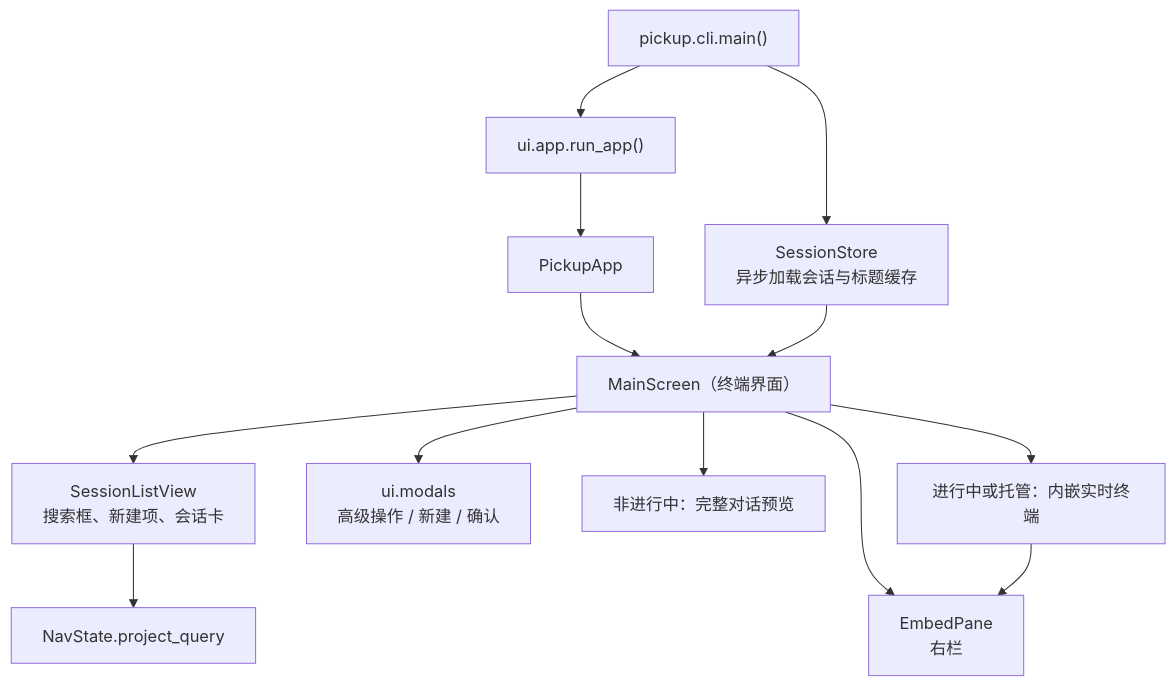
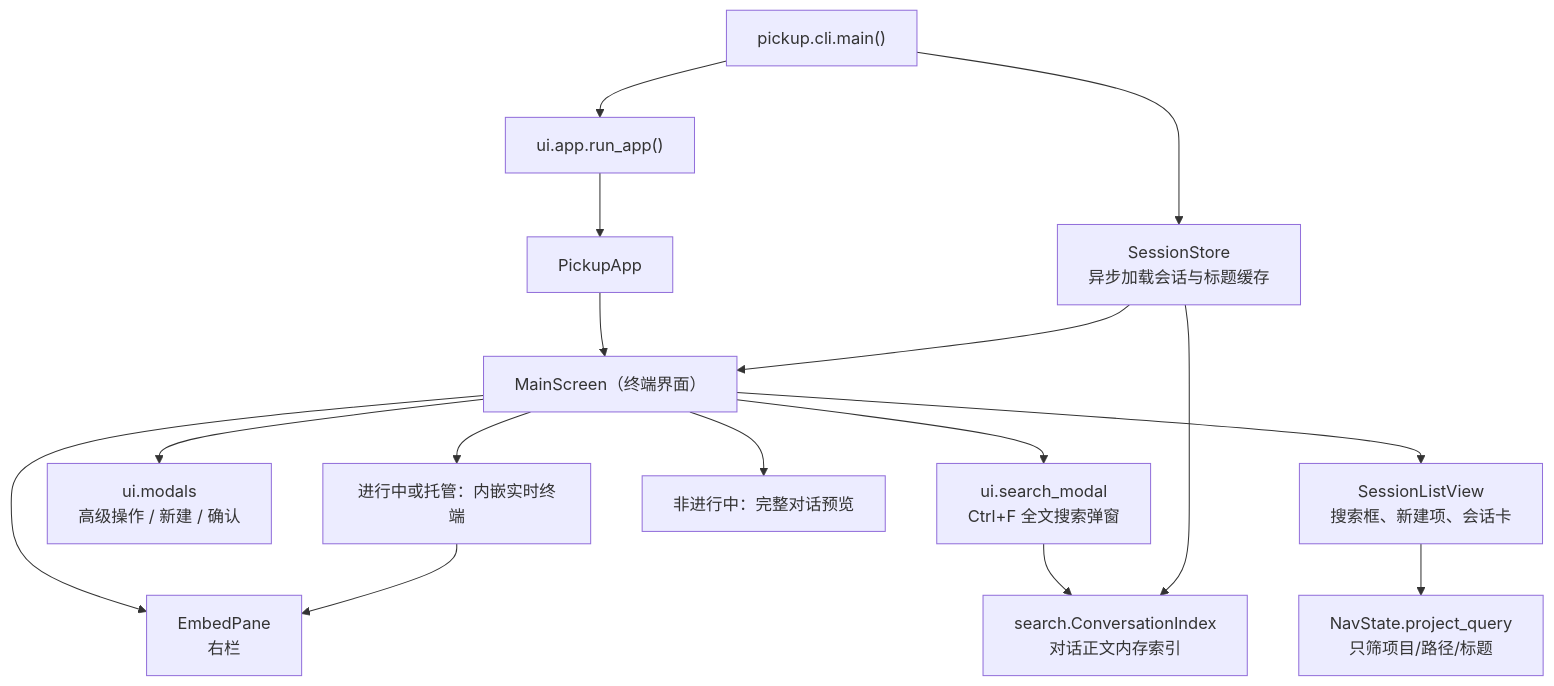
Before and after one commit to x0c/corral: the first of 3 diagrams in docs/TERMINAL_UI_KNOWLEDGE_BASE.md, drawn with Mermaid. The commit also changed other lines of this file and 27 other files, not shown here.

````diff
--- a/docs/TERMINAL_UI_KNOWLEDGE_BASE.md
+++ b/docs/TERMINAL_UI_KNOWLEDGE_BASE.md
@@ -46,15 +47,18 @@
 ```mermaid
 graph TD
     A["pickup.cli.main()"] --> B["SessionStore<br/>异步加载会话与标题缓存"]
     A --> C["ui.app.run_app()"]
     C --> D["PickupApp"]
     D --> E["MainScreen（终端界面）"]
     E --> F["SessionListView<br/>搜索框、新建项、会话卡"]
     E --> G["EmbedPane<br/>右栏"]
-    F --> H["NavState.project_query"]
+    F --> H["NavState.project_query<br/>只筛项目/路径/标题"]
     E --> I["ui.modals<br/>高级操作 / 新建 / 确认"]
+    E --> S["ui.search_modal<br/>Ctrl+F 全文搜索弹窗"]
+    S --> T["search.ConversationIndex<br/>对话正文内存索引"]
+    B --> T
     B --> E
     E --> J["非进行中：完整对话预览"]
     E --> K["进行中或托管：内嵌实时终端"]
     K --> G
 ```
````
